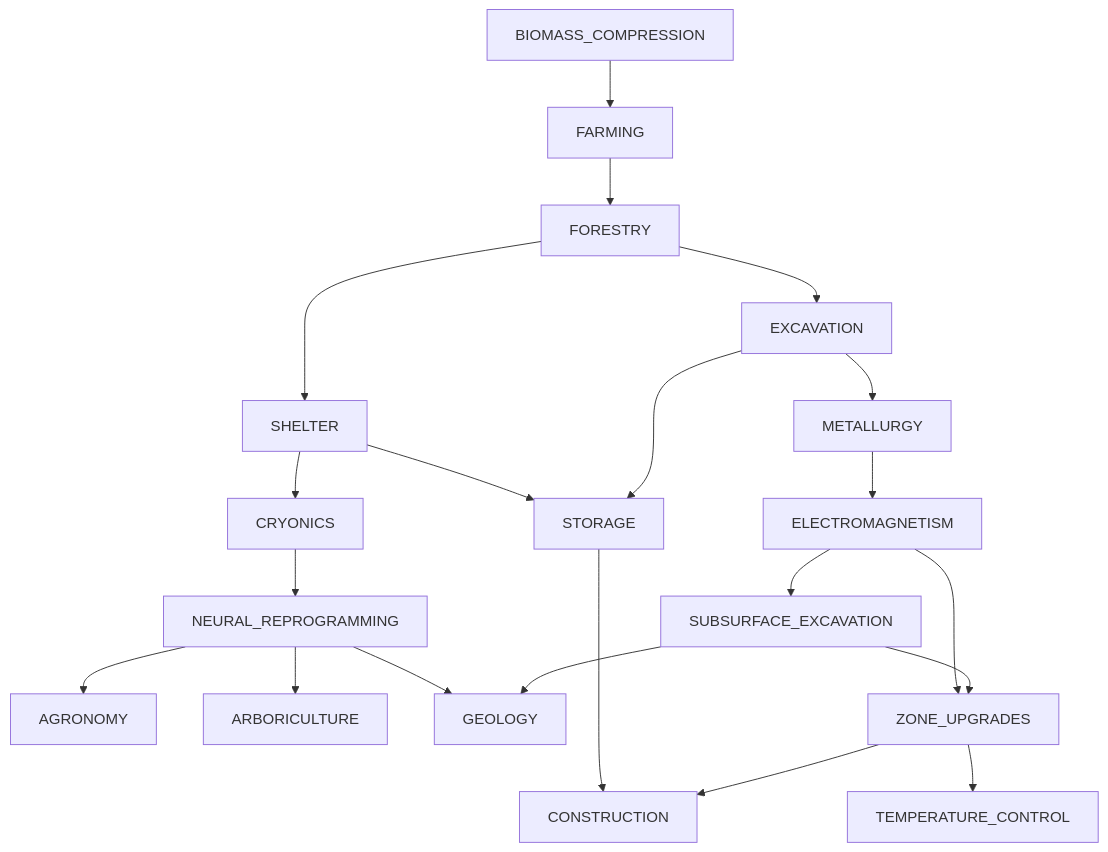
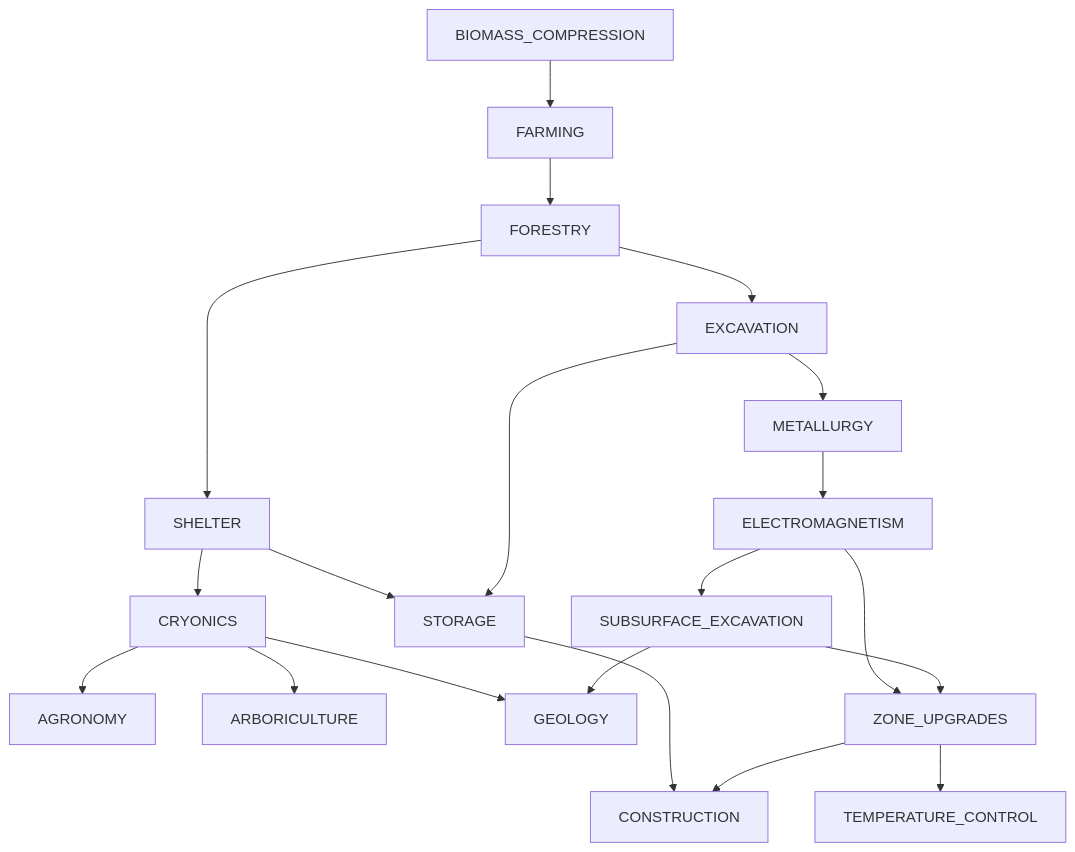
Before and after one commit to krnsk0/idler: the diagram in docs/TECH_TREE.md, drawn with Mermaid. The commit also changed 4 other files, not shown here.

````diff
--- a/docs/TECH_TREE.md
+++ b/docs/TECH_TREE.md
@@ -6,24 +6,23 @@
 ```mermaid
 flowchart TD;
   BIOMASS_COMPRESSION --> FARMING
   FARMING --> FORESTRY
   SHELTER --> CRYONICS
   SHELTER --> STORAGE
-  CRYONICS --> NEURAL_REPROGRAMMING
-  NEURAL_REPROGRAMMING --> AGRONOMY
-  NEURAL_REPROGRAMMING --> ARBORICULTURE
-  NEURAL_REPROGRAMMING --> GEOLOGY
+  CRYONICS --> AGRONOMY
+  CRYONICS --> ARBORICULTURE
+  CRYONICS --> GEOLOGY
   FORESTRY --> SHELTER
   FORESTRY --> EXCAVATION
   STORAGE --> CONSTRUCTION
   EXCAVATION --> METALLURGY
   EXCAVATION --> STORAGE
   METALLURGY --> ELECTROMAGNETISM
   ELECTROMAGNETISM --> ZONE_UPGRADES
   ELECTROMAGNETISM --> SUBSURFACE_EXCAVATION
   SUBSURFACE_EXCAVATION --> GEOLOGY
   SUBSURFACE_EXCAVATION --> ZONE_UPGRADES
   ZONE_UPGRADES --> CONSTRUCTION
   ZONE_UPGRADES --> TEMPERATURE_CONTROL
 
 ```
````
